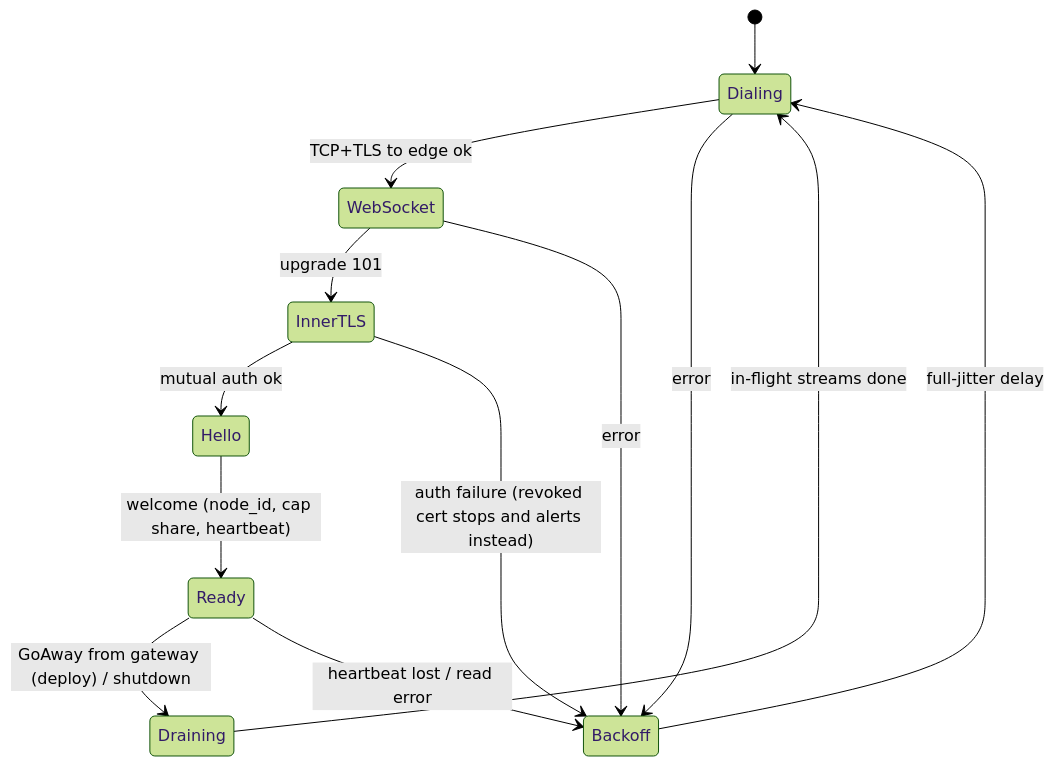
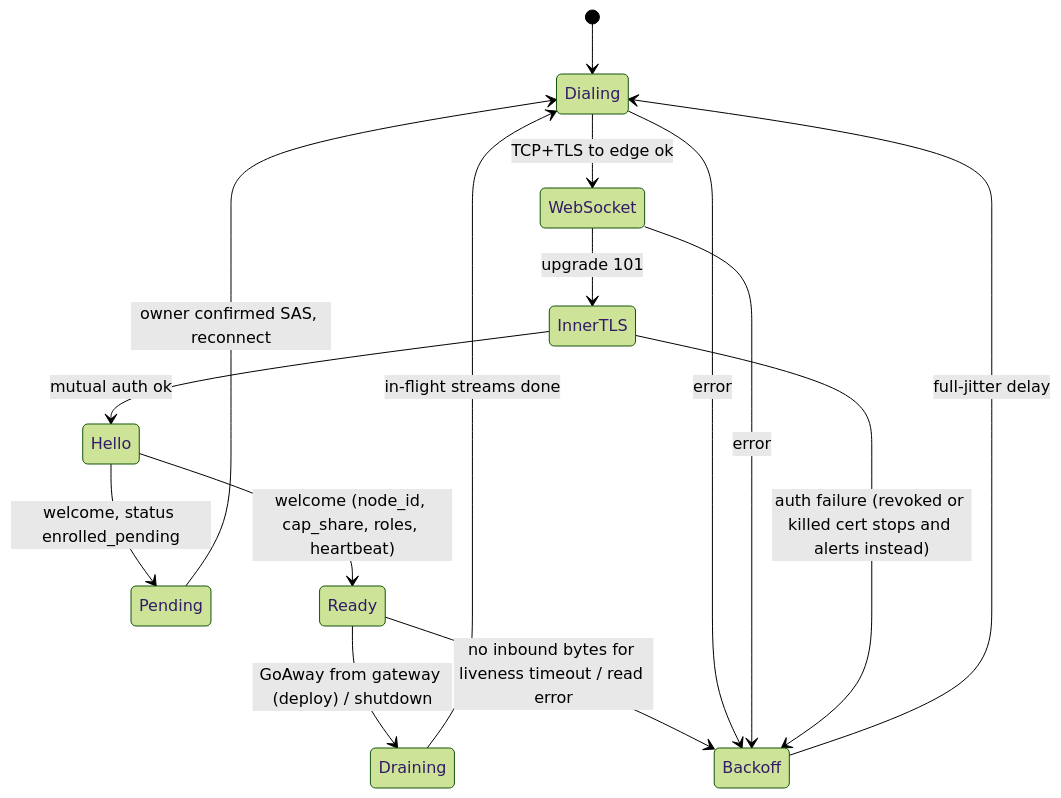
The tenth of 11 diagrams in docs/design/01-architecture.md (Web3Abbas/Shamel), drawn with Mermaid (forest theme) before and after one commit. The commit also changed other lines of this file and 3 other files, not shown here.

First line of the commit message:
Continue applying review findings across architecture, security, permissions and operations (in progress)

````diff
--- a/docs/design/01-architecture.md
+++ b/docs/design/01-architecture.md
@@ -888,15 +1174,17 @@
 ```mermaid
 stateDiagram-v2
   [*] --> Dialing
   Dialing --> WebSocket: TCP+TLS to edge ok
   WebSocket --> InnerTLS: upgrade 101
   InnerTLS --> Hello: mutual auth ok
-  Hello --> Ready: welcome (node_id, cap share, heartbeat)
+  Hello --> Pending: welcome, status enrolled_pending
+  Pending --> Dialing: owner confirmed SAS, reconnect
+  Hello --> Ready: welcome (node_id, cap_share, roles, heartbeat)
   Ready --> Draining: GoAway from gateway (deploy) / shutdown
   Draining --> Dialing: in-flight streams done
-  Ready --> Backoff: heartbeat lost / read error
+  Ready --> Backoff: no inbound bytes for liveness timeout / read error
   Dialing --> Backoff: error
   WebSocket --> Backoff: error
-  InnerTLS --> Backoff: auth failure (revoked cert stops and alerts instead)
+  InnerTLS --> Backoff: auth failure (revoked or killed cert stops and alerts instead)
   Backoff --> Dialing: full-jitter delay
 ```
````
